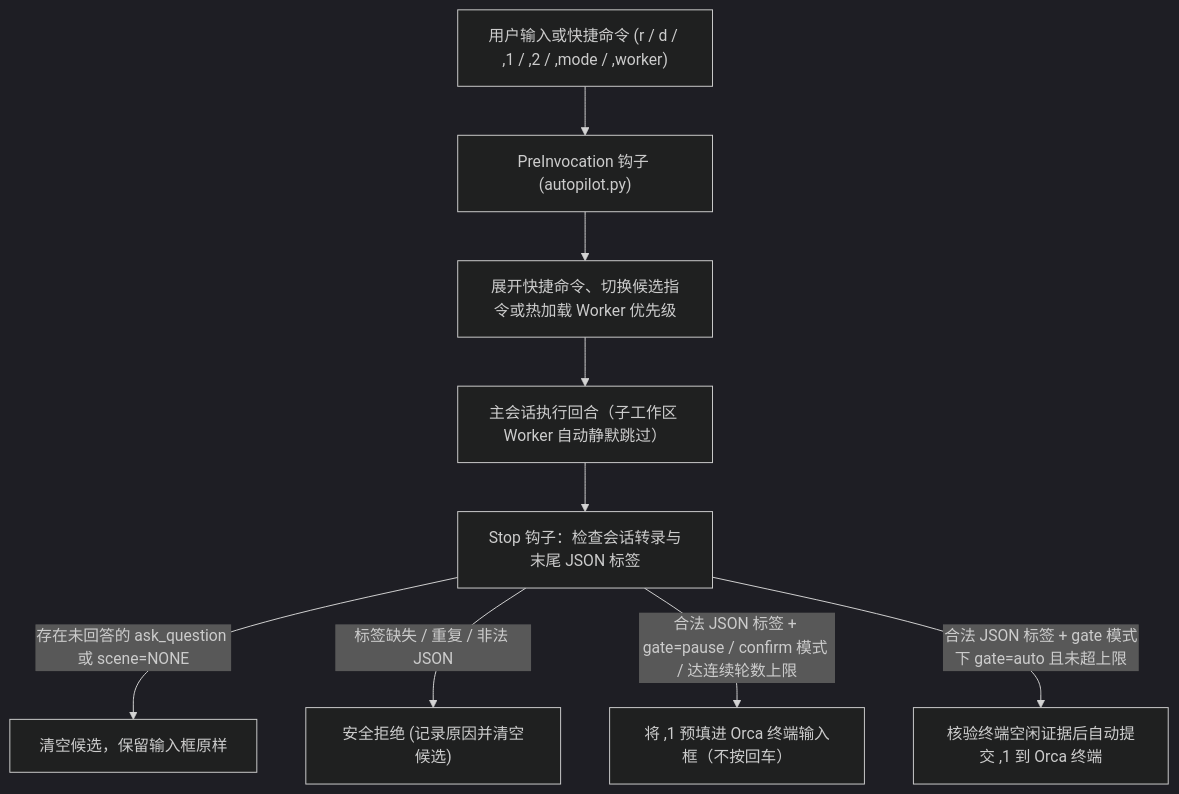
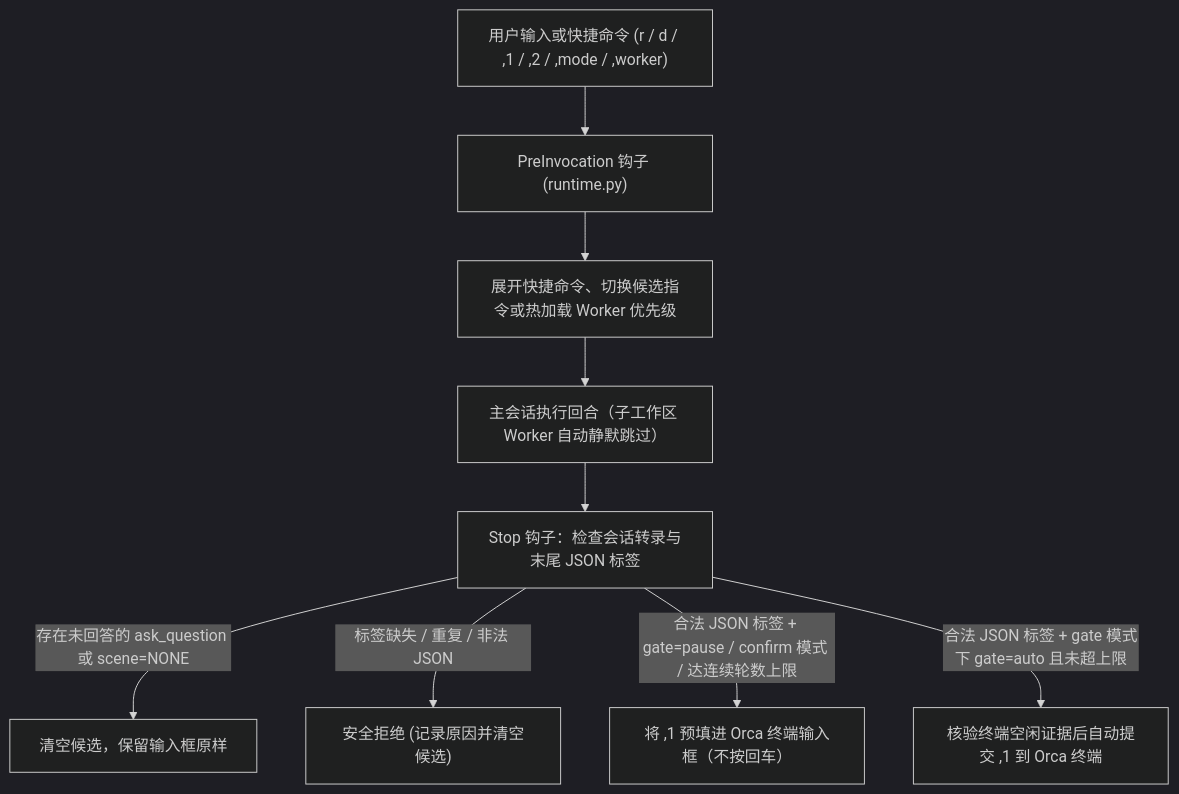
The diagram in README.zh-CN.md (sensebeing/the-pilot), drawn with Mermaid (dark theme) before and after one commit. The commit also changed other lines of this file and 32 other files, not shown here.

````diff
--- a/README.zh-CN.md
+++ b/README.zh-CN.md
@@ -106,11 +106,11 @@
 ```mermaid
 flowchart TD
-    A["用户输入或快捷命令 (r / d / ,1 / ,2 / ,mode / ,worker)"] --> B["PreInvocation 钩子 (autopilot.py)"]
+    A["用户输入或快捷命令 (r / d / ,1 / ,2 / ,mode / ,worker)"] --> B["PreInvocation 钩子 (runtime.py)"]
     B --> C["展开快捷命令、切换候选指令或热加载 Worker 优先级"]
     C --> D["主会话执行回合（子工作区 Worker 自动静默跳过）"]
     D --> E["Stop 钩子：检查会话转录与末尾 JSON 标签"]
     E -->|存在未回答的 ask_question 或 scene=NONE| F["清空候选，保留输入框原样"]
     E -->|标签缺失 / 重复 / 非法 JSON| G["安全拒绝 (记录原因并清空候选)"]
     E -->|合法 JSON 标签 + gate=pause / confirm 模式 / 达连续轮数上限| H["将 ,1 预填进 Orca 终端输入框（不按回车）"]
     E -->|合法 JSON 标签 + gate 模式下 gate=auto 且未超上限| I["核验终端空闲证据后自动提交 ,1 到 Orca 终端"]
 ```
````
